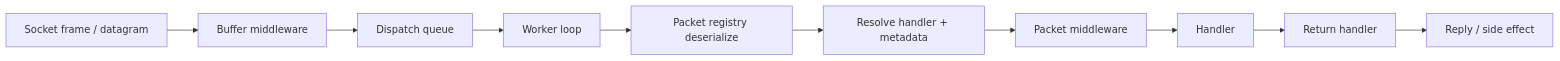
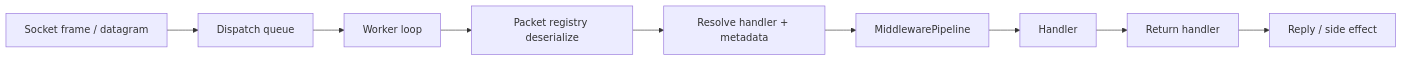
Before and after one commit to ppn-systems/Nalix: the diagram in docs/concepts/fundamentals/packet-lifecycle.md, drawn with Mermaid. The commit also changed other lines of this file and 64 other files, not shown here.

````diff
--- a/docs/concepts/fundamentals/packet-lifecycle.md
+++ b/docs/concepts/fundamentals/packet-lifecycle.md
@@ -7,12 +7,11 @@
 ```mermaid
 flowchart LR
-    A["Socket frame / datagram"] --> B["Buffer middleware"]
-    B --> C["Dispatch queue"]
-    C --> D["Worker loop"]
-    D --> E["Packet registry deserialize"]
-    E --> F["Resolve handler + metadata"]
-    F --> G["Packet middleware"]
-    G --> H["Handler"]
-    H --> I["Return handler"]
-    I --> J["Reply / side effect"]
+    A["Socket frame / datagram"] --> B["Dispatch queue"]
+    B --> C["Worker loop"]
+    C --> D["Packet registry deserialize"]
+    D --> E["Resolve handler + metadata"]
+    E --> F["MiddlewarePipeline"]
+    F --> G["Handler"]
+    G --> H["Return handler"]
+    H --> I["Reply / side effect"]
 ```
````
